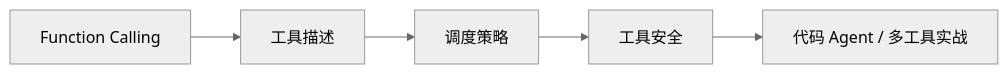
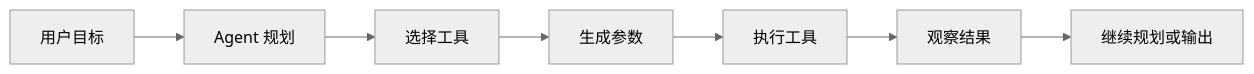
One commit to oudbiao/AI-fullstack-course changed the first of 3 diagrams in docs/stage9/ch03-tools/00-roadmap.md. Above: the diagram before and after it, drawn with Mermaid (neutral theme). The commit also changed other lines of this file and 95 other files, not shown here.

````diff
--- a/docs/stage9/ch03-tools/00-roadmap.md
+++ b/docs/stage9/ch03-tools/00-roadmap.md
@@ -16,7 +20,9 @@
 ```mermaid
 flowchart LR
-    A["Function Calling"] --> B["工具描述"]
-    B --> C["调度策略"]
-    C --> D["工具安全"]
-    D --> E["代码 Agent / 多工具实战"]
+  A[用户目标] --> B[Agent 规划]
+  B --> C[选择工具]
+  C --> D[生成参数]
+  D --> E[执行工具]
+  E --> F[观察结果]
+  F --> G[继续规划或输出]
 ```
````
